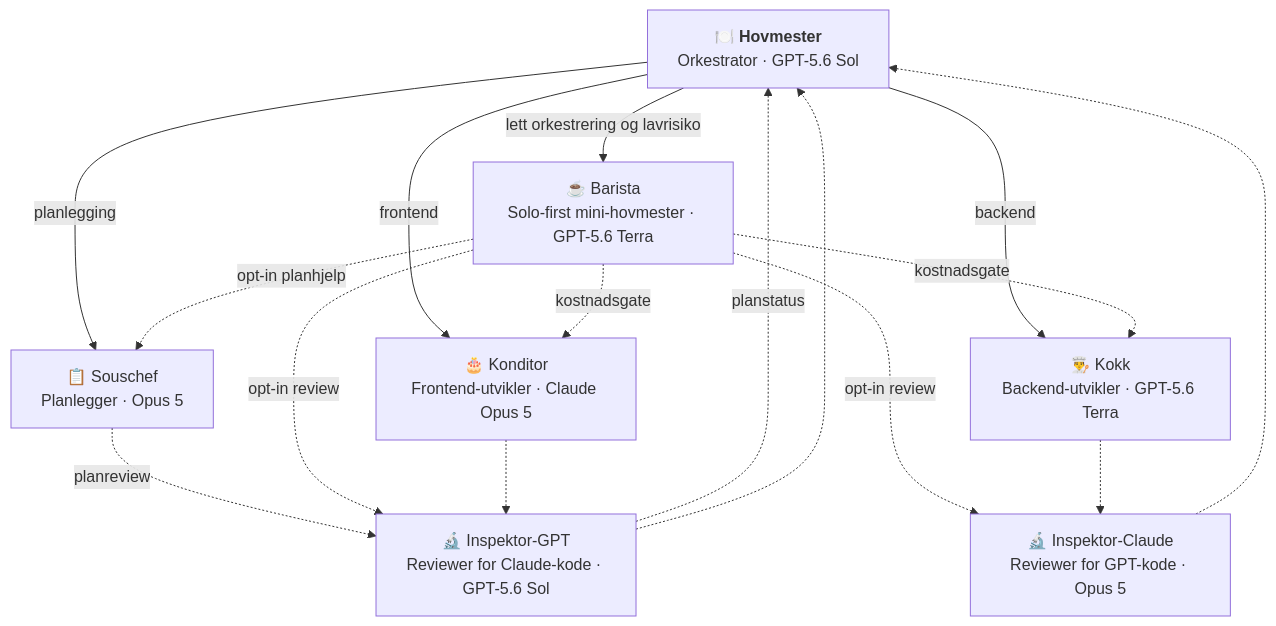
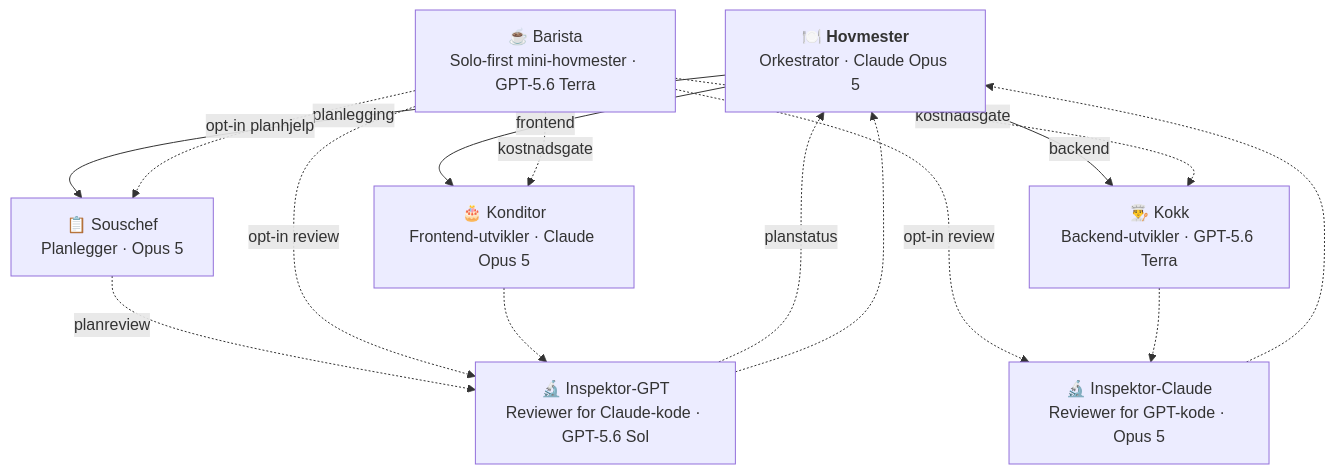
One commit to navikt/hovmester changed the diagram in README.md. Above: the diagram before and after it, drawn with Mermaid. The commit also changed other lines of this file and 3 other files, not shown here.

````diff
--- a/README.md
+++ b/README.md
@@ -39,24 +39,23 @@
 ```mermaid
 graph TD
-    U["🍽️ <b>Hovmester</b><br/>Orkestrator · GPT-5.6 Sol"]
+    U["🍽️ <b>Hovmester</b><br/>Orkestrator · Claude Opus 5"]
     B["☕ Barista<br/>Solo-first mini-hovmester · GPT-5.6 Terra"]
     S["📋 Souschef<br/>Planlegger · Opus 5"]
     K["👨‍🍳 Kokk<br/>Backend-utvikler · GPT-5.6 Terra"]
     KO["🎂 Konditor<br/>Frontend-utvikler · Claude Opus 5"]
     IC["🔬 Inspektor-Claude<br/>Reviewer for GPT-kode · Opus 5"]
     IG["🔬 Inspektor-GPT<br/>Reviewer for Claude-kode · GPT-5.6 Sol"]
 
     U -- planlegging --> S
     S -. planreview .-> IG
     IG -. planstatus .-> U
-    U -- lett orkestrering og lavrisiko --> B
     U -- backend --> K
     U -- frontend --> KO
     B -. kostnadsgate .-> K
     B -. kostnadsgate .-> KO
     B -. opt-in planhjelp .-> S
     B -. opt-in review .-> IC
     B -. opt-in review .-> IG
     K -.-> IC -.-> U
     KO -.-> IG -.-> U
 ```
````
